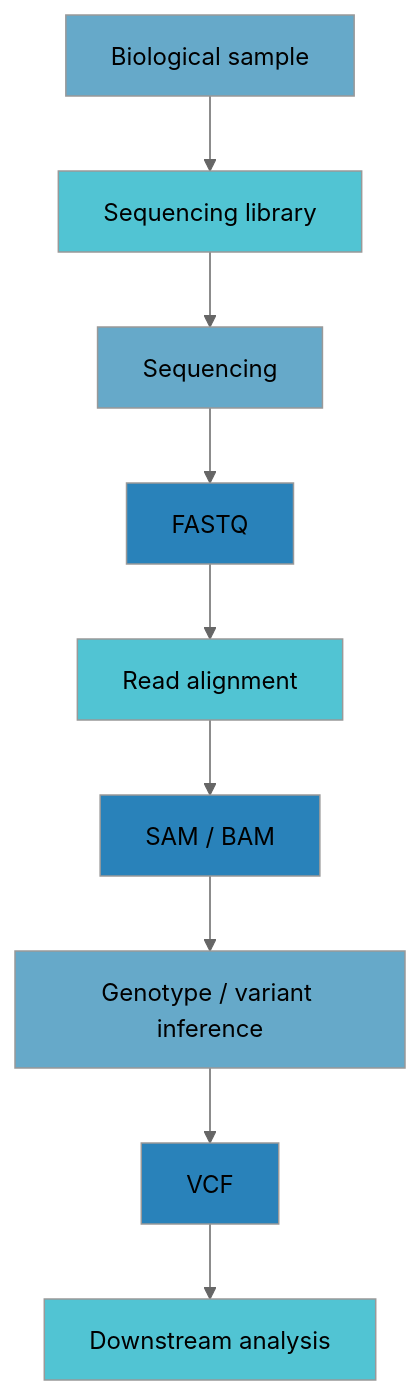
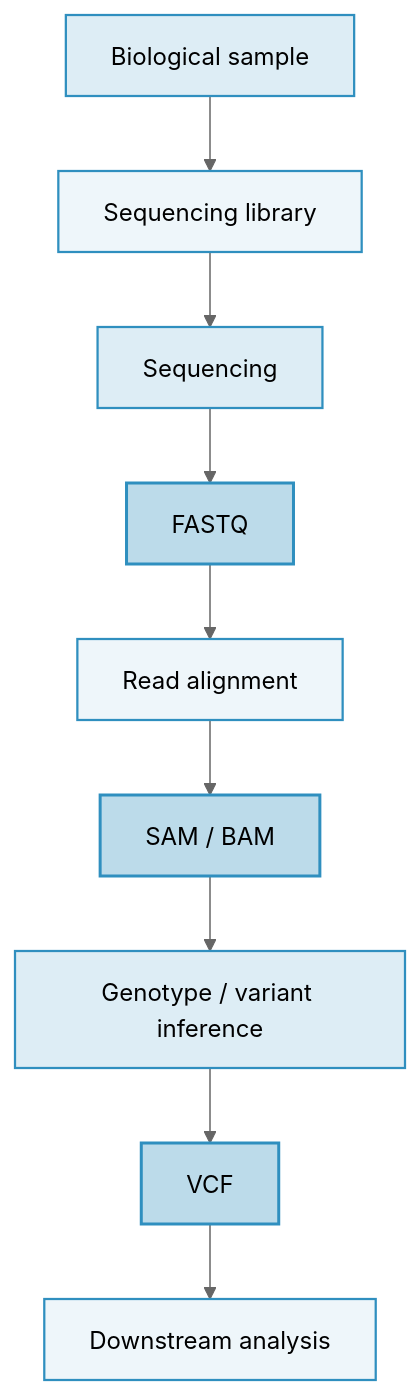
One commit to Lucas04-nhr/lucas04-nhr.github.io changed the second of 2 diagrams in docs/blog/bsa-rna-covariation-ngs.md. Above: the diagram before and after it, drawn with Mermaid (neutral theme). The commit also changed other lines of this file and 9 other files, not shown here.

First line of the commit message:
Move article figures to the design-system chart palette

````diff
--- a/docs/blog/bsa-rna-covariation-ngs.md
+++ b/docs/blog/bsa-rna-covariation-ngs.md
@@ -206,21 +206,21 @@
 ```mermaid
 flowchart TD
     A[Biological sample] --> B[Sequencing library]
     B --> C[Sequencing]
     C --> D[FASTQ]
     D --> E[Read alignment]
     E --> F[SAM / BAM]
     F --> G[Genotype / variant inference]
     G --> H[VCF]
     H --> I[Downstream analysis]
 
-    style A fill:#66a9c9
-    style B fill:#51c4d3
-    style C fill:#66a9c9
-    style D fill:#2982ba
-    style E fill:#51c4d3
-    style F fill:#2982ba
-    style G fill:#66a9c9
-    style H fill:#2982ba
-    style I fill:#51c4d3
+    style A fill:#2f8fbf29,stroke:#2f8fbf,stroke-width:1.5px
+    style B fill:#2f8fbf14,stroke:#2f8fbf,stroke-width:1.5px
+    style C fill:#2f8fbf29,stroke:#2f8fbf,stroke-width:1.5px
+    style D fill:#2f8fbf52,stroke:#2f8fbf,stroke-width:2px
+    style E fill:#2f8fbf14,stroke:#2f8fbf,stroke-width:1.5px
+    style F fill:#2f8fbf52,stroke:#2f8fbf,stroke-width:2px
+    style G fill:#2f8fbf29,stroke:#2f8fbf,stroke-width:1.5px
+    style H fill:#2f8fbf52,stroke:#2f8fbf,stroke-width:2px
+    style I fill:#2f8fbf14,stroke:#2f8fbf,stroke-width:1.5px
 ```
````
